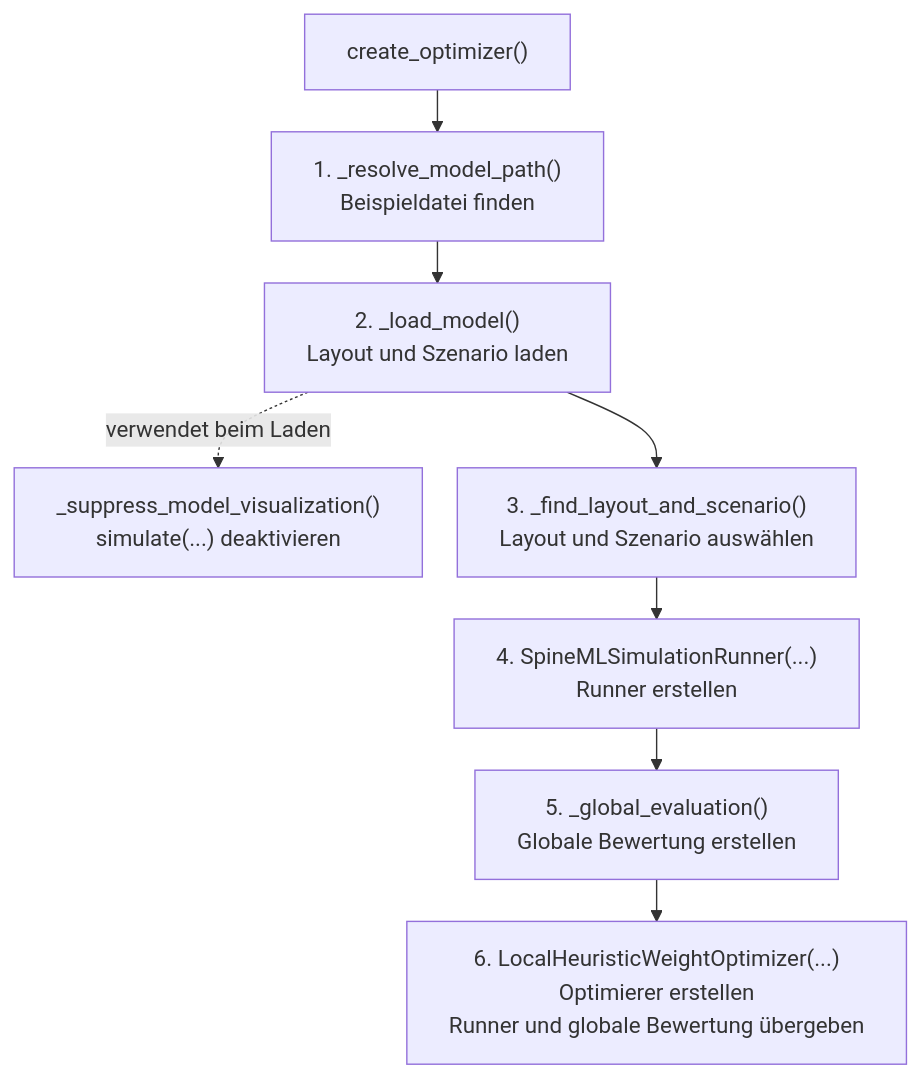
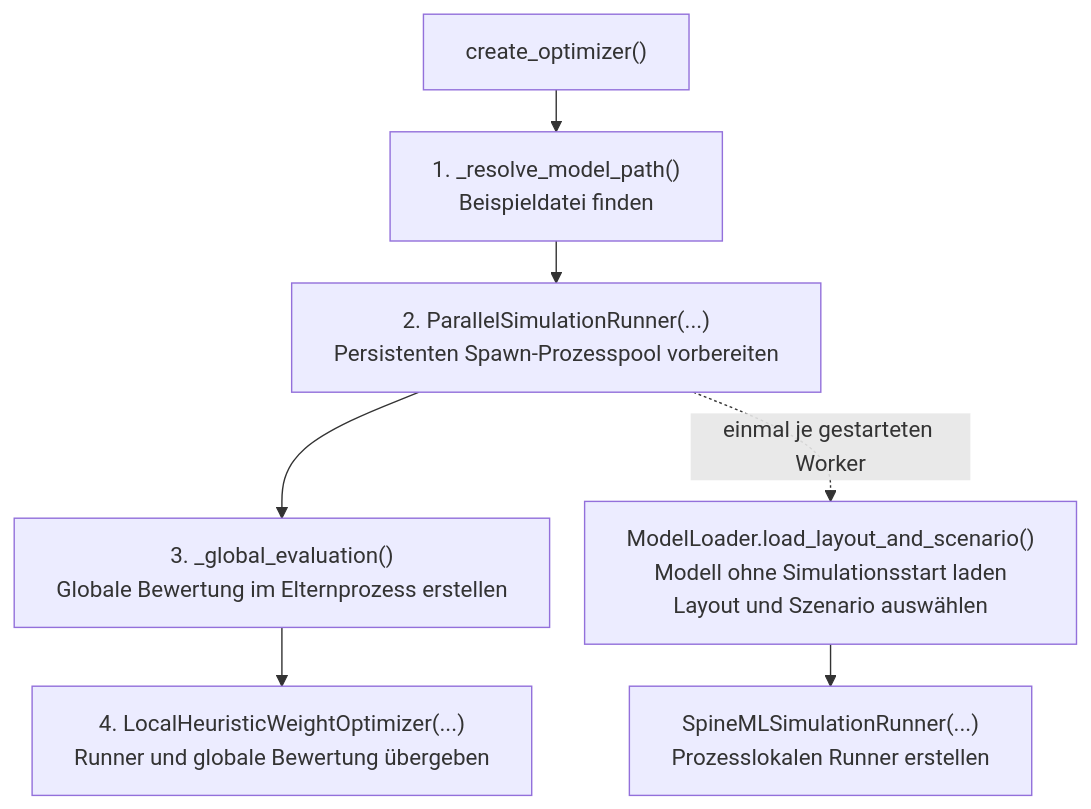
Diagram 14 of 17 in README.md (ghackenberg/SpineML), drawn with Mermaid before and after one commit. The commit also changed other lines of this file, not shown here.

Commit message:
Document parallel CPU optimization and corrected metric charts

````diff
--- a/README.md
+++ b/README.md
@@ -2415,18 +2568,17 @@
 ```mermaid
 ---
 config:
   flowchart:
     wrappingWidth: 340
     rankSpacing: 30
     nodeSpacing: 25
 ---
 flowchart TD
     P0["create_optimizer()"]
     P0 --> P1["1. _resolve_model_path()<br/>Beispieldatei finden"]
-    P1 --> P2["2. _load_model()<br/>Layout und Szenario laden"]
-    P2 -. "verwendet beim Laden" .-> PS["_suppress_model_visualization()<br/>simulate(...) deaktivieren"]
-    P2 --> P3["3. _find_layout_and_scenario()<br/>Layout und Szenario auswählen"]
-    P3 --> P4["4. SpineMLSimulationRunner(...)<br/>Runner erstellen"]
-    P4 --> P5["5. _global_evaluation()<br/>Globale Bewertung erstellen"]
-    P5 --> P6["6. LocalHeuristicWeightOptimizer(...)<br/>Optimierer erstellen<br/>Runner und globale Bewertung übergeben"]
+    P1 --> P2["2. ParallelSimulationRunner(...)<br/>Persistenten Spawn-Prozesspool vorbereiten"]
+    P2 --> P3["3. _global_evaluation()<br/>Globale Bewertung im Elternprozess erstellen"]
+    P3 --> P4["4. LocalHeuristicWeightOptimizer(...)<br/>Runner und globale Bewertung übergeben"]
+    P2 -. "einmal je gestarteten Worker" .-> W["ModelLoader.load_layout_and_scenario()<br/>Modell ohne Simulationsstart laden<br/>Layout und Szenario auswählen"]
+    W --> R["SpineMLSimulationRunner(...)<br/>Prozesslokalen Runner erstellen"]
 ```
````
